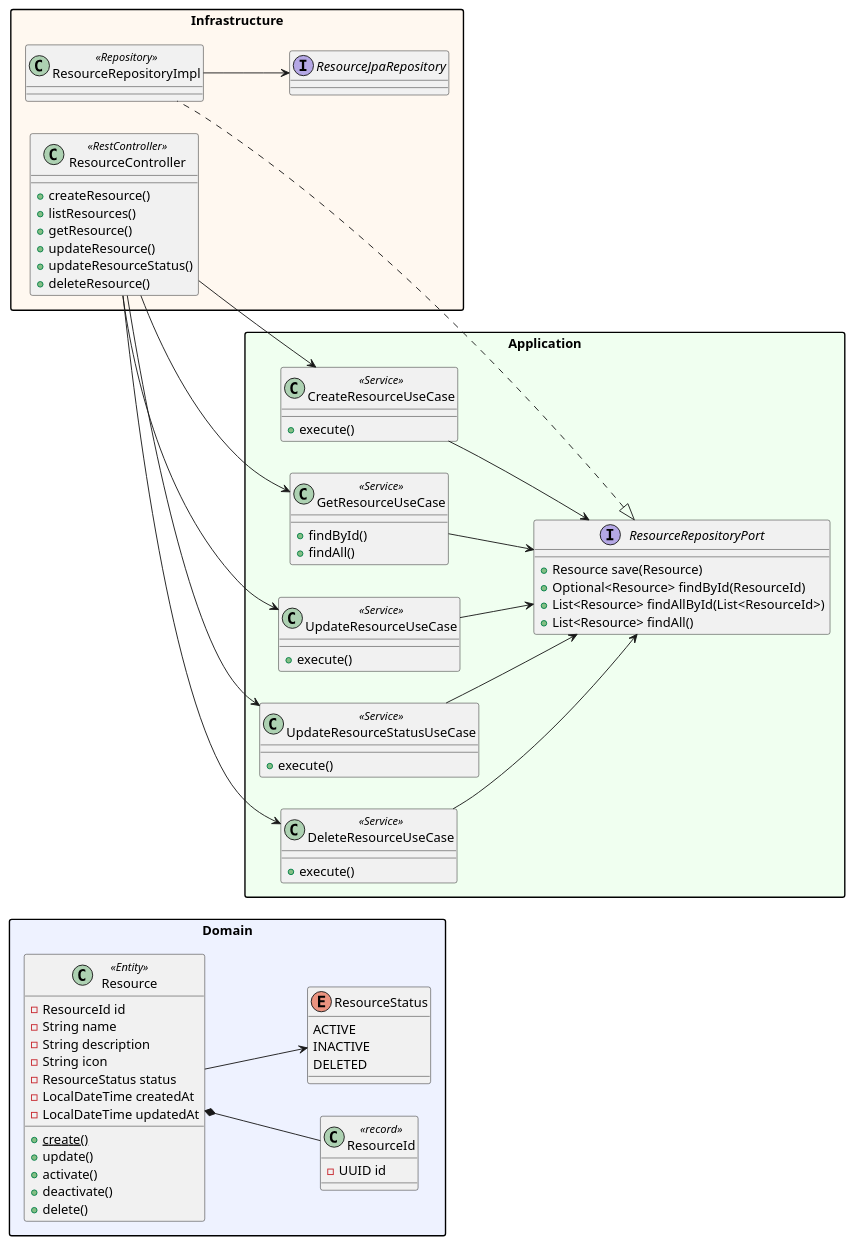
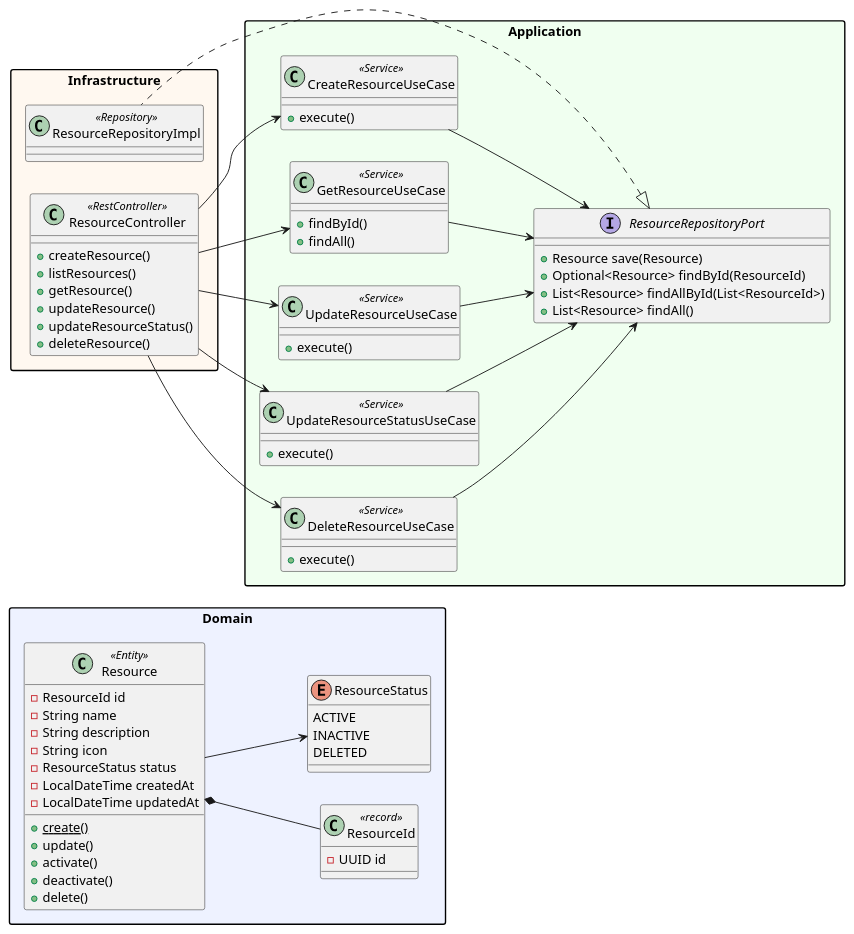
One commit to Neoguara/rooms-diagrams changed the diagram in src/plantuml/classe/simples/room/resource.puml. Above: the diagram before and after it, drawn with PlantUML. The commit also changed 24 other files, not shown here.

```diff
--- a/src/plantuml/classe/simples/room/resource.puml
+++ b/src/plantuml/classe/simples/room/resource.puml
@@ -1,105 +1,101 @@
 @startuml room_resource
 
 ' Versão simples do recorte de recurso, dentro do módulo room. A versão exaustiva do
 ' módulo inteiro está em classe/room.puml, e é ela que serve de referência de sincronia.
 '
 ' O que esta versão corta: DTOs, mappers, validators, exceções, getters, construtores,
 ' métodos privados, os tipos de fora do módulo, e as dependências de uso, exceto as que
 ' ligam um serviço de domínio ao que ele opera.
 
 left to right direction
 skinparam packageStyle rectangle
 
 package "Domain" #EEF2FF {
 
   class Resource <<Entity>> {
     - ResourceId id
     - String name
     - String description
     - String icon
     - ResourceStatus status
     - LocalDateTime createdAt
     - LocalDateTime updatedAt
     + {static} create()
     + update()
     + activate()
     + deactivate()
     + delete()
   }
 
   class ResourceId <<record>> {
     - UUID id
   }
 
   enum ResourceStatus {
     ACTIVE
     INACTIVE
     DELETED
   }
 }
 
 package "Application" #F0FFF0 {
 
   interface ResourceRepositoryPort {
     + Resource save(Resource)
     + Optional<Resource> findById(ResourceId)
     + List<Resource> findAllById(List<ResourceId>)
     + List<Resource> findAll()
   }
 
   class CreateResourceUseCase <<Service>> {
     + execute()
   }
   class GetResourceUseCase <<Service>> {
     + findById()
     + findAll()
   }
   class UpdateResourceUseCase <<Service>> {
     + execute()
   }
   class UpdateResourceStatusUseCase <<Service>> {
     + execute()
   }
   class DeleteResourceUseCase <<Service>> {
     + execute()
   }
 }
 
 package "Infrastructure" #FFF8F0 {
 
   class ResourceController <<RestController>> {
     + createResource()
     + listResources()
     + getResource()
     + updateResource()
     + updateResourceStatus()
     + deleteResource()
   }
 
   class ResourceRepositoryImpl <<Repository>>
-
-  interface ResourceJpaRepository
 }
 
 ' ── Implementação ──────────────────────────────────────
 ResourceRepositoryPort <|.. ResourceRepositoryImpl
 
 ' ── Campos ─────────────────────────────────────────────
 Resource *-- ResourceId
 Resource --> ResourceStatus
 
 ResourceController --> CreateResourceUseCase
 ResourceController --> GetResourceUseCase
 ResourceController --> UpdateResourceUseCase
 ResourceController --> UpdateResourceStatusUseCase
 ResourceController --> DeleteResourceUseCase
 
 CreateResourceUseCase --> ResourceRepositoryPort
 GetResourceUseCase --> ResourceRepositoryPort
 UpdateResourceUseCase --> ResourceRepositoryPort
 UpdateResourceStatusUseCase --> ResourceRepositoryPort
 DeleteResourceUseCase --> ResourceRepositoryPort
 
-ResourceRepositoryImpl --> ResourceJpaRepository
-
 @enduml
```
